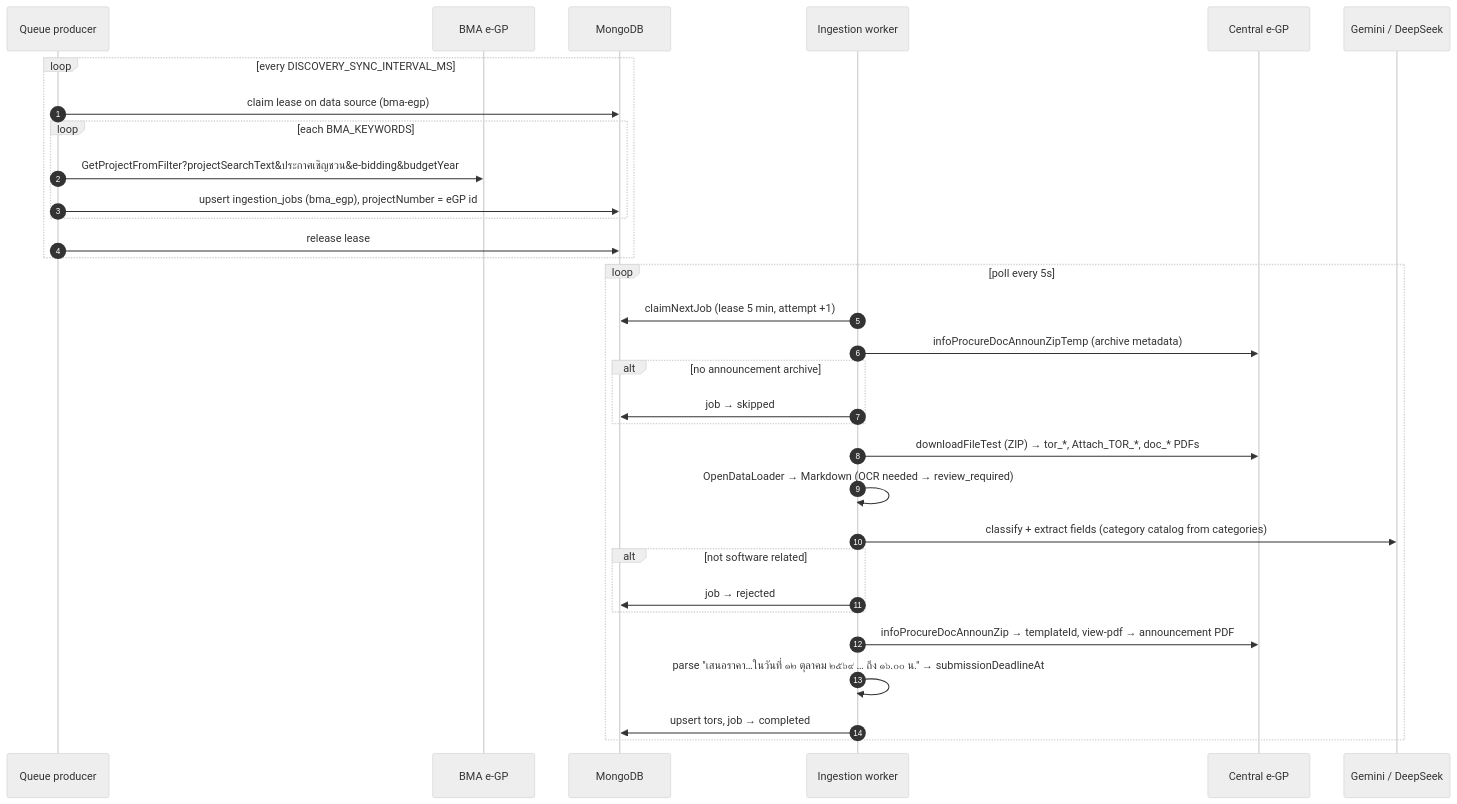
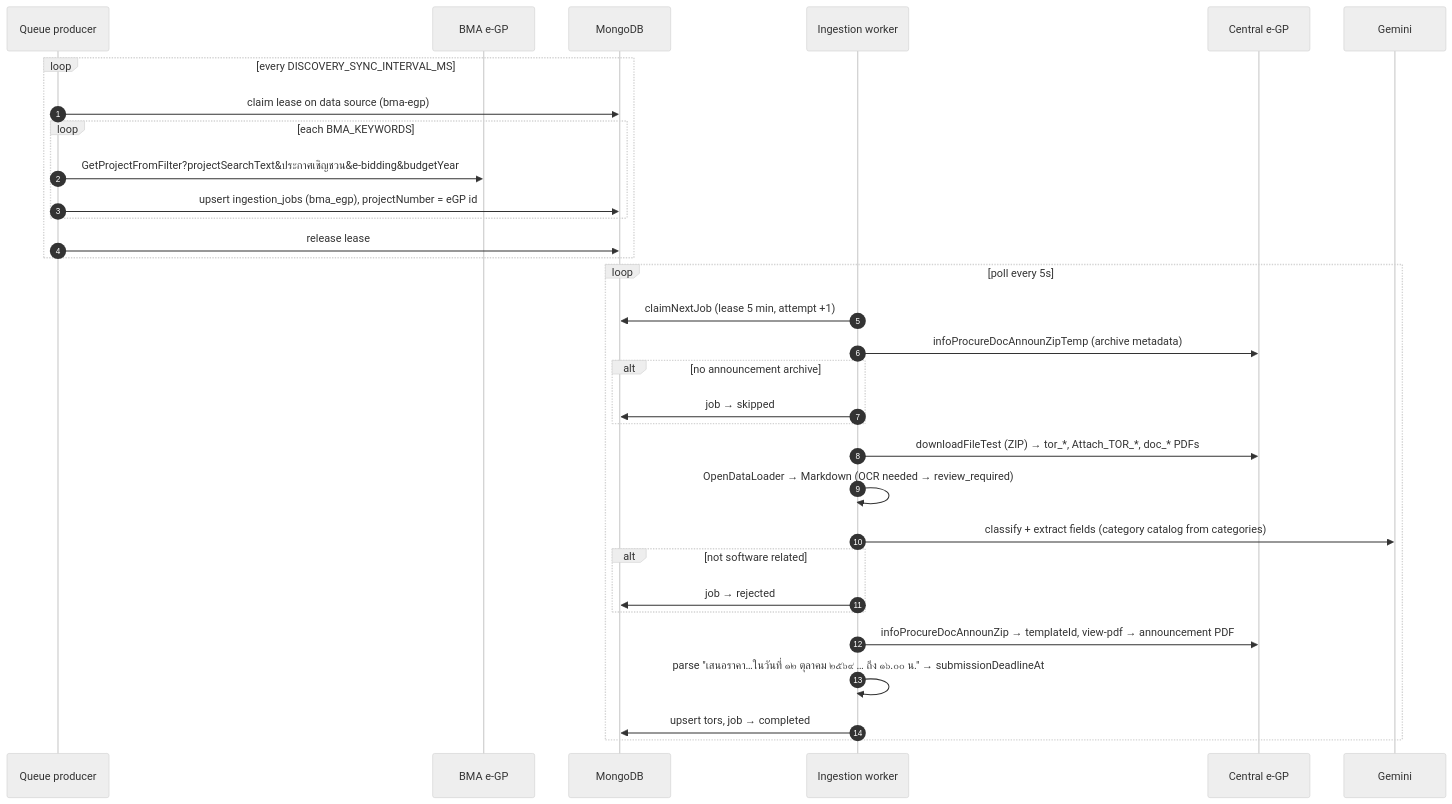
Before and after one commit to Doggo-CSP/TORPulse: the third of 6 diagrams in docs/system-architecture.md, drawn with Mermaid (neutral theme). The commit also changed other lines of this file and 13 other files, not shown here.

````diff
--- a/docs/system-architecture.md
+++ b/docs/system-architecture.md
@@ -92,36 +92,36 @@
 ```mermaid
 sequenceDiagram
   autonumber
   participant P as Queue producer
   participant B as BMA e-GP
   participant DB as MongoDB
   participant W as Ingestion worker
   participant E as Central e-GP
-  participant AI as Gemini / DeepSeek
+  participant AI as Gemini
 
   loop every DISCOVERY_SYNC_INTERVAL_MS
     P->>DB: claim lease on data source (bma-egp)
     loop each BMA_KEYWORDS
       P->>B: GetProjectFromFilter?projectSearchText&ประกาศเชิญชวน&e-bidding&budgetYear
       P->>DB: upsert ingestion_jobs (bma_egp), projectNumber = eGP id
     end
     P->>DB: release lease
   end
 
   loop poll every 5s
     W->>DB: claimNextJob (lease 5 min, attempt +1)
     W->>E: infoProcureDocAnnounZipTemp (archive metadata)
     alt no announcement archive
       W->>DB: job → skipped
     end
     W->>E: downloadFileTest (ZIP) → tor_*, Attach_TOR_*, doc_* PDFs
     W->>W: OpenDataLoader → Markdown (OCR needed → review_required)
     W->>AI: classify + extract fields (category catalog from categories)
     alt not software related
       W->>DB: job → rejected
     end
     W->>E: infoProcureDocAnnounZip → templateId, view-pdf → announcement PDF
     W->>W: parse "เสนอราคา…ในวันที่ ๑๒ ตุลาคม ๒๕๖๙ … ถึง ๑๖.๐๐ น." → submissionDeadlineAt
     W->>DB: upsert tors, job → completed
   end
 ```
````
